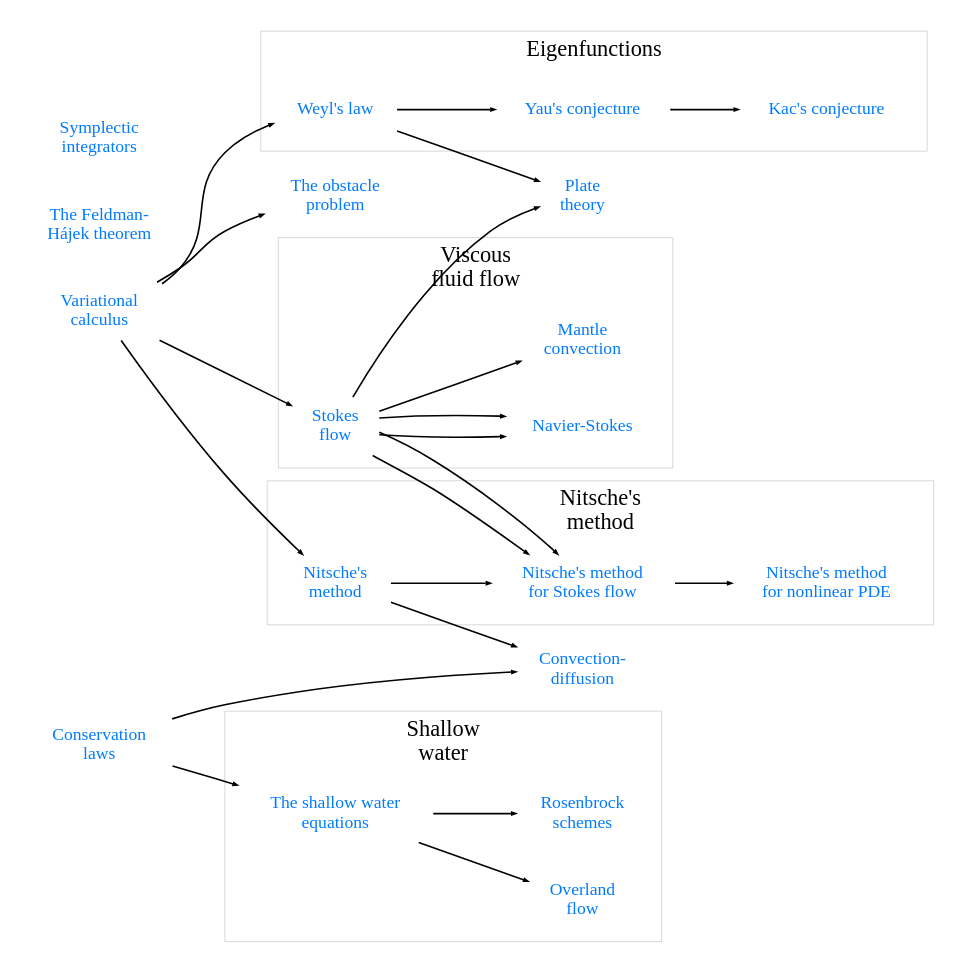
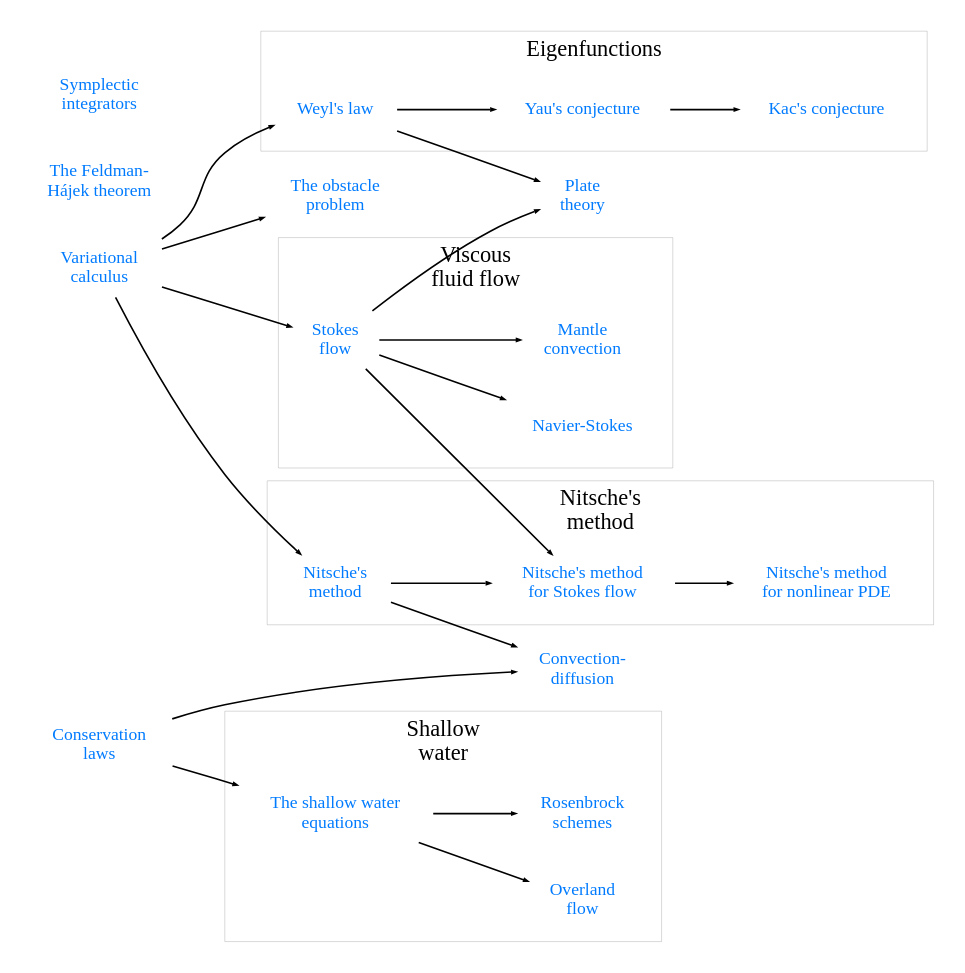
Before and after one commit to danshapero/danshapero.github.io: the diagram in pages/index.rst, drawn with Graphviz.

```diff
--- a/pages/index.rst
+++ b/pages/index.rst
@@ -84,8 +84,6 @@
         calc -> stokes;
         calc -> nitsche;
         calc -> obstacle;
-        stokes -> nitsche_stokes;
-        stokes -> karman;
         // stokes -> inverse_problems;
         // inverse_problems -> total_variation;
         // nitsche -> admm;
```
